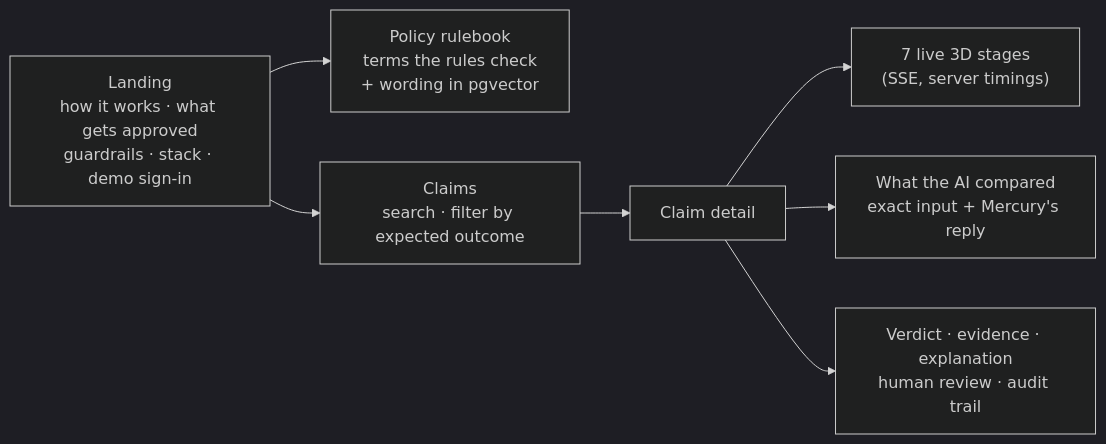
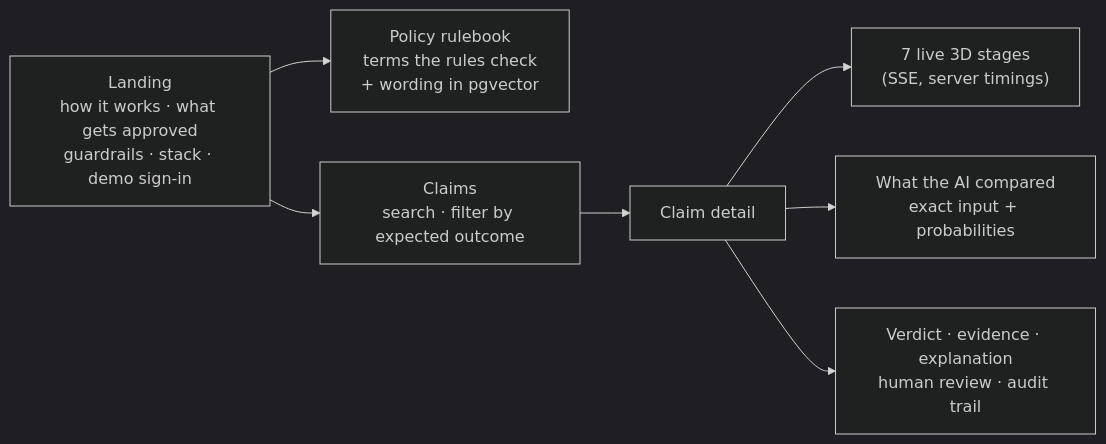
Diagram 14 of 14 in PROJECT.md (arshdeep3010/health-claim-decision-agent), drawn with Mermaid (dark theme) before and after one commit. The commit also changed other lines of this file and 4 other files, not shown here.

````diff
--- a/PROJECT.md
+++ b/PROJECT.md
@@ -581,13 +617,13 @@
 ```mermaid
 flowchart LR
   land["Landing<br/>how it works · what gets approved<br/>guardrails · stack · demo sign-in"]
   rb["Policy rulebook<br/>terms the rules check<br/>+ wording in pgvector"]
   list["Claims<br/>search · filter by expected outcome"]
   detail["Claim detail"]
   pipe["7 live 3D stages<br/>(SSE, server timings)"]
-  ai["What the AI compared<br/>exact input + Mercury's reply"]
+  ai["What the AI compared<br/>exact input + probabilities"]
   rest["Verdict · evidence · explanation<br/>human review · audit trail"]
   land --> rb
   land --> list --> detail
   detail --> pipe & ai & rest
 ```
````
